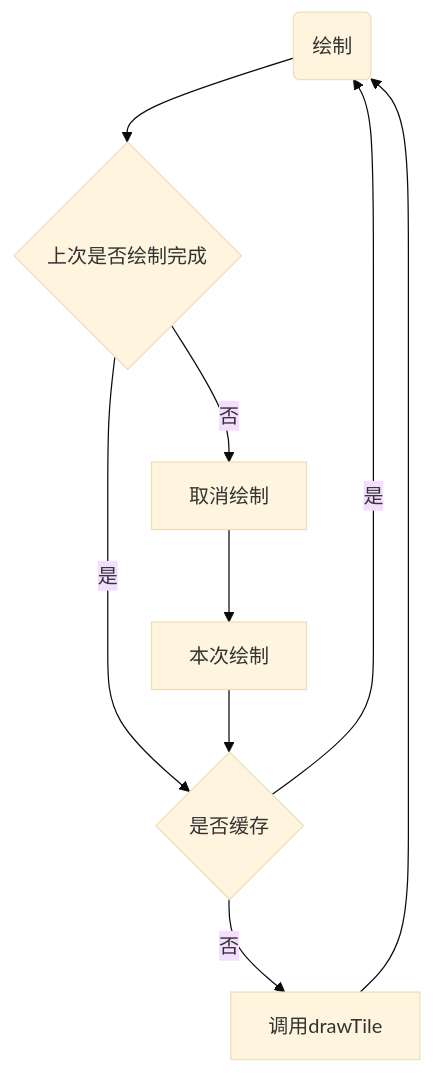
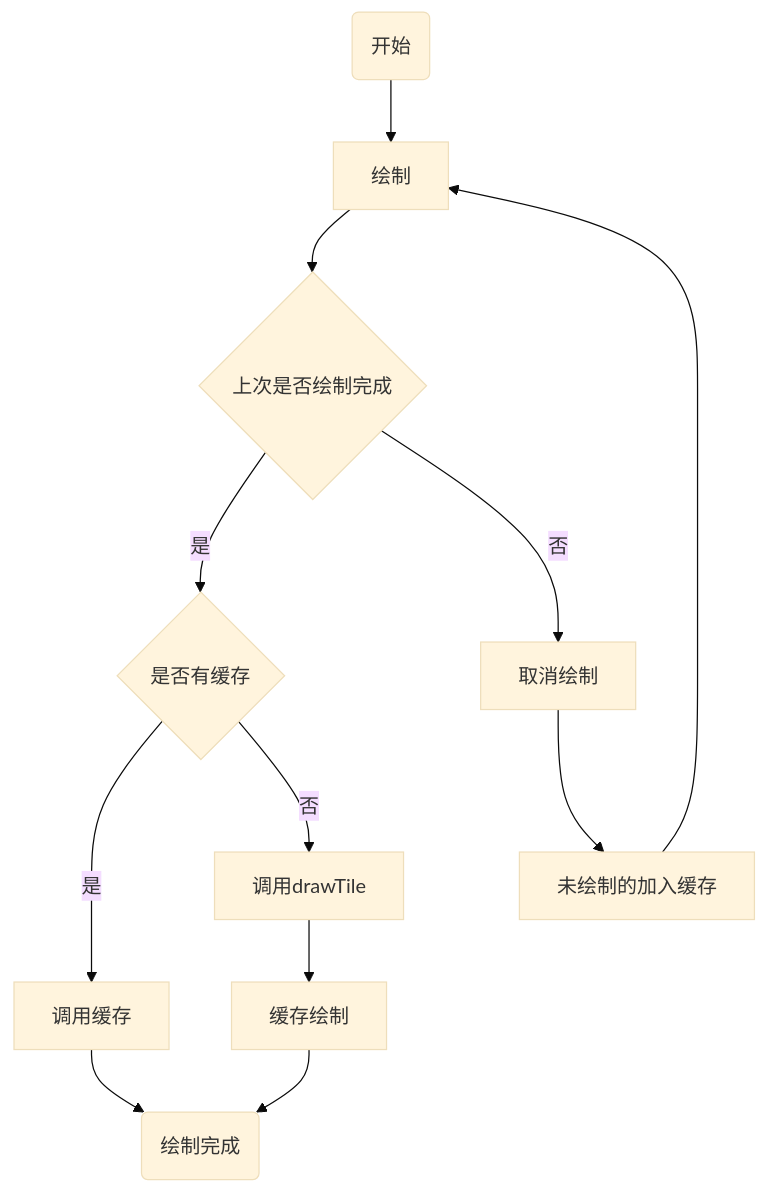
The diagram in README.md (SpuerMomonga/amap-telecom), drawn with Mermaid (base theme) before and after one commit. The commit also changed 3 other files, not shown here.

````diff
--- a/README.md
+++ b/README.md
@@ -94,10 +94,8 @@
 ```mermaid
 graph TB
-    A(绘制) --> E{"上次是否绘制完成"}
-    E -->|是| B{"是否缓存"}
-    E -->|否| F[取消绘制] --> C[本次绘制]
-    C --> B
-    B -->|是| A
-    B -->|否| D[调用drawTile]
-    D --> A
+    Start(开始) --> B[绘制] --> C{上次是否绘制完成}
+    C -->|是| D{是否有缓存}
+    C -->|否| E[取消绘制] --> H[未绘制的加入缓存] --> B
+    D -->|是| G[调用缓存] --> End(绘制完成)
+    D -->|否| F[调用drawTile] --> Cache[缓存绘制] --> End
 ```
````
